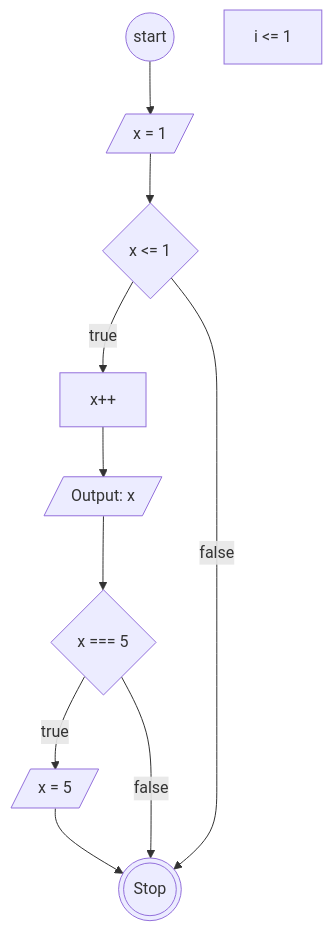
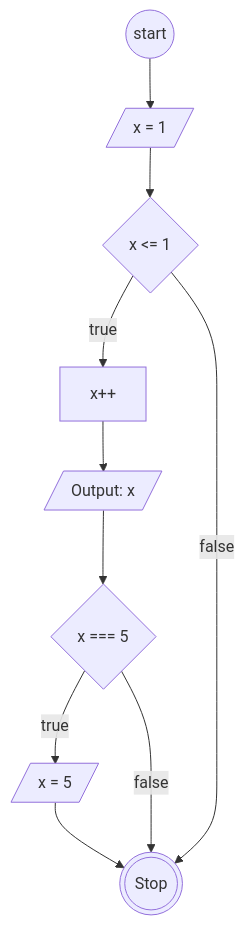
The diagram in flowchart-loop.md (AbiPasundan/koda-b6-javascript1), drawn with Mermaid before and after one commit.

````diff
--- a/flowchart-loop.md
+++ b/flowchart-loop.md
@@ -5,24 +5,23 @@
 ```mermaid
     flowchart TB
         Start@{ shape: circ, label: "start"}
 
         InitialVar@{ shape: lean-r, label: "x = 1"}
         Condition@{ shape: diamond, label: "x <= 1"}
         ConditionTrue@{ shape: rect, label: "x++"}
 
         ConditionTruePrint@{ shape: lean-r, label: "Output: x"}
 
         If@{ shape: diamond, label: "x === 5"}
         IfTrue@{ shape: lean-r, label: "x = 5"}
 
-        ConditionFalse@{ shape: rect, label: "i <= 1"}
 
         Stop@{ shape: dbl-circ, label: "Stop"}
 
         Start-->InitialVar-->Condition-->|true|ConditionTrue-->ConditionTruePrint-->If-->|true|IfTrue-->Stop
 
         Condition-->|false|Stop
 
         If-->|false|Stop
 
 ```
````
